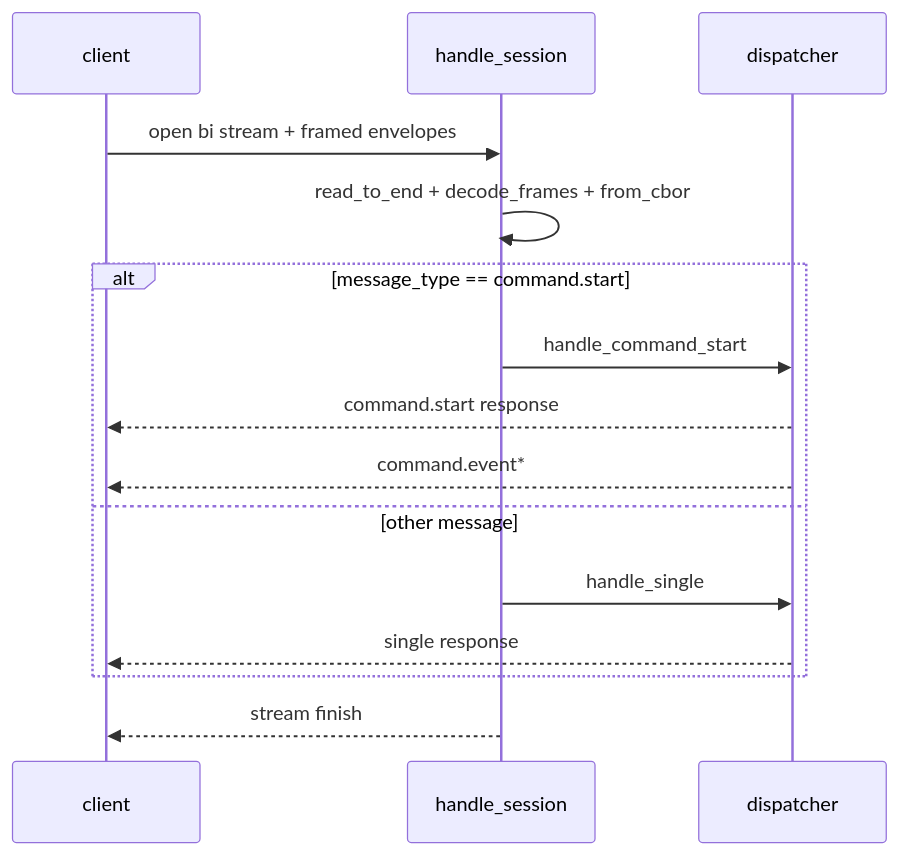
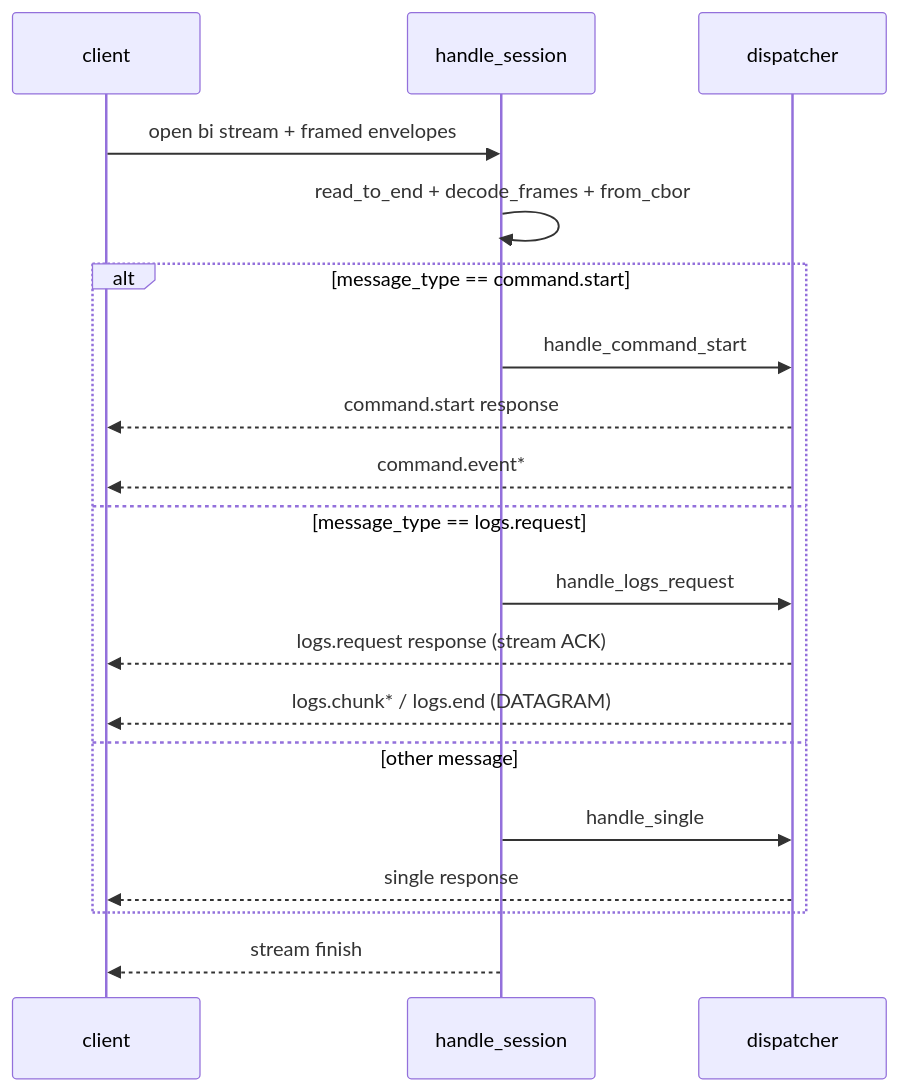
Before and after one commit to yieldspace/imago: the second of 4 diagrams in docs/spec/imagod-internals.md, drawn with Mermaid. The commit also changed other lines of this file and 19 other files, not shown here.

````diff
--- a/docs/spec/imagod-internals.md
+++ b/docs/spec/imagod-internals.md
@@ -99,18 +100,22 @@
 ```mermaid
 sequenceDiagram
   participant C as client
   participant S as handle_session
   participant D as dispatcher
 
   C->>S: open bi stream + framed envelopes
   S->>S: read_to_end + decode_frames + from_cbor
   alt message_type == command.start
     S->>D: handle_command_start
     D-->>C: command.start response
     D-->>C: command.event*
+  else message_type == logs.request
+    S->>D: handle_logs_request
+    D-->>C: logs.request response (stream ACK)
+    D-->>C: logs.chunk* / logs.end (DATAGRAM)
   else other message
     S->>D: handle_single
     D-->>C: single response
   end
   S-->>C: stream finish
 ```
````
